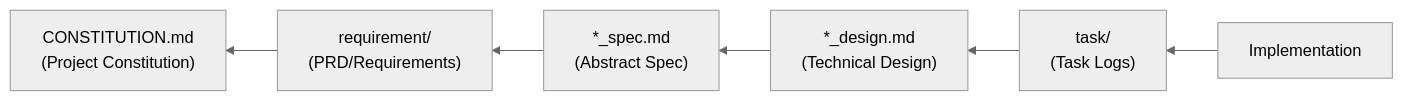
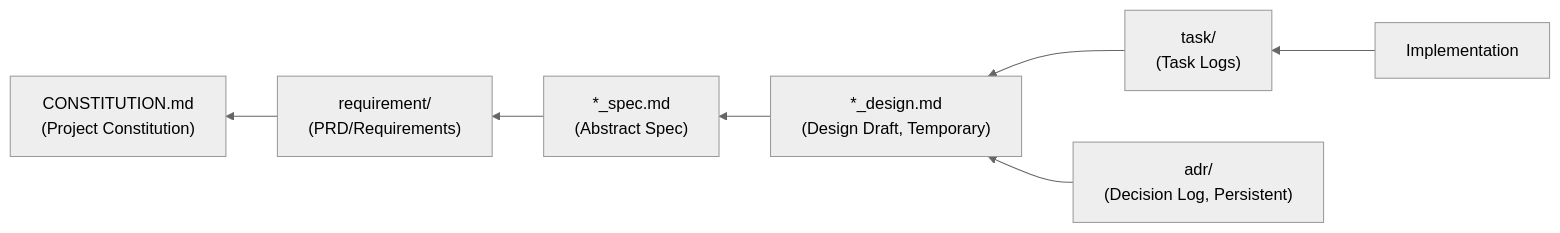
Before and after one commit to ToshikiImagawa/ai-sdd-workflow-dev: the diagram in plugins/sdd-workflow/AI-SDD-PRINCIPLES.source.md, drawn with Mermaid (neutral theme). The commit also changed other lines of this file and 3 other files, not shown here.

First line of the commit message:
[update] AI-SDD-PRINCIPLES.md 再設計: DesignDoc非永続化・adr/ 新設 (#74)

````diff
--- a/plugins/sdd-workflow/AI-SDD-PRINCIPLES.source.md
+++ b/plugins/sdd-workflow/AI-SDD-PRINCIPLES.source.md
@@ -295,8 +309,9 @@
 ```mermaid
 graph RL
     IMPL[Implementation] --> TASK["task/<br/>(Task Logs)"]
-    TASK --> DESIGN["*_design.md<br/>(Technical Design)"]
+    TASK --> DESIGN["*_design.md<br/>(Design Draft, Temporary)"]
     DESIGN --> SPEC["*_spec.md<br/>(Abstract Spec)"]
     SPEC --> PRD["requirement/<br/>(PRD/Requirements)"]
     PRD --> CONST["CONSTITUTION.md<br/>(Project Constitution)"]
+    ADR["adr/<br/>(Decision Log, Persistent)"] --> DESIGN
 ```
````
